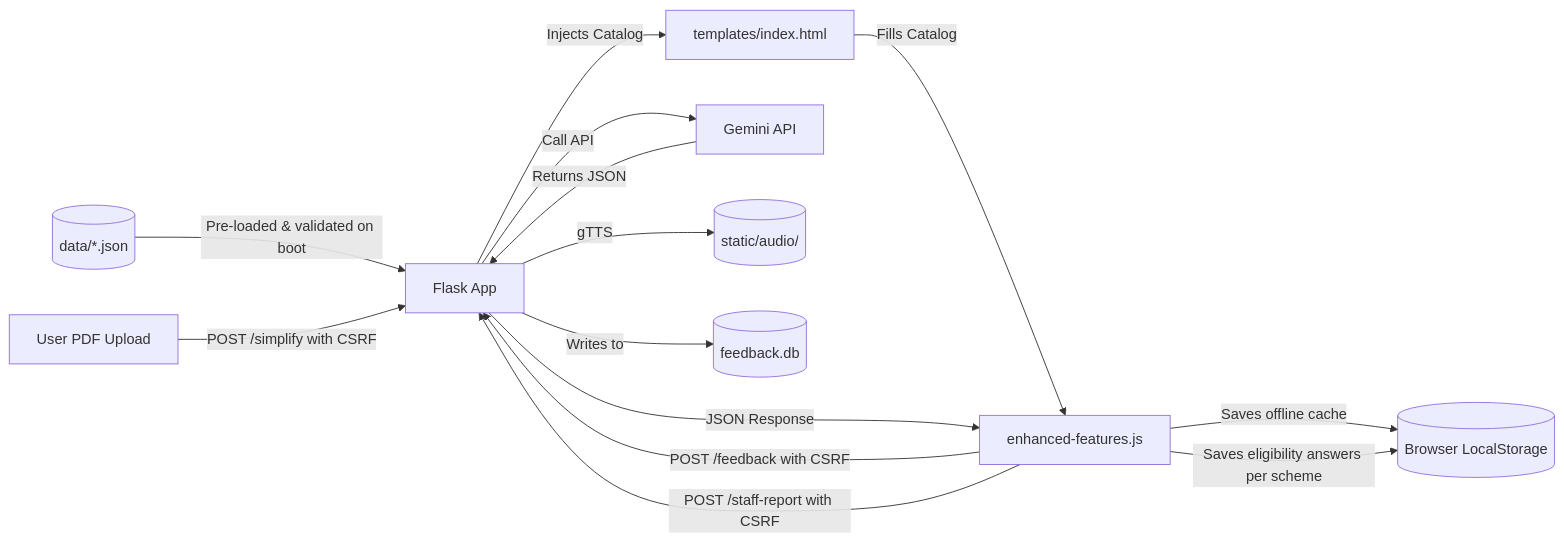
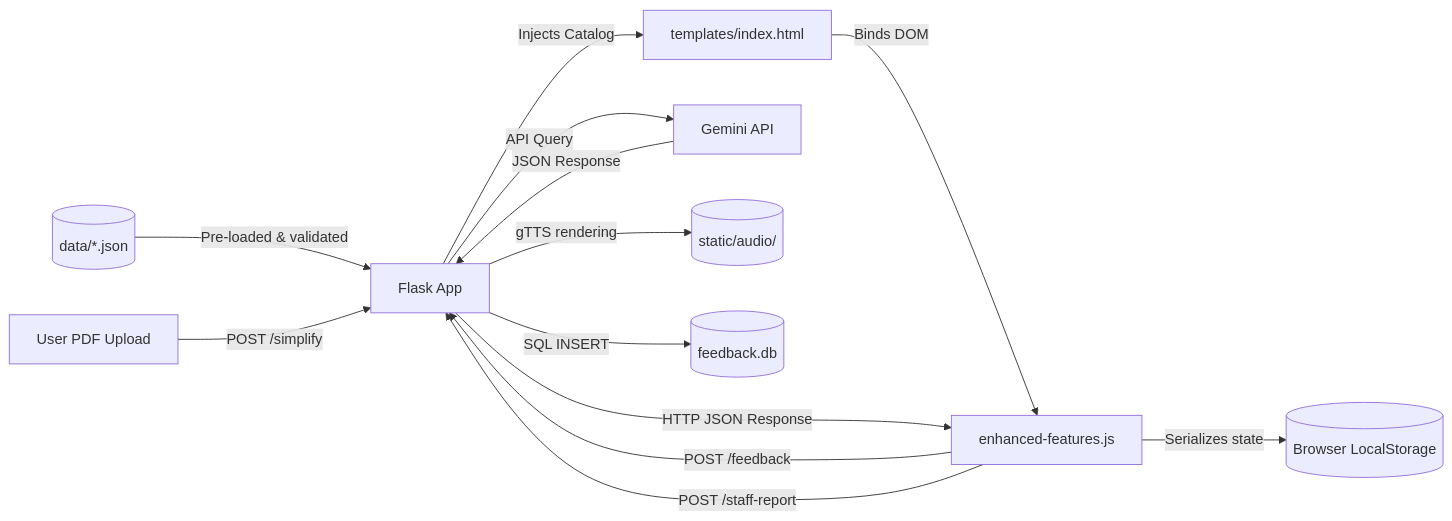
One commit to giridharreddy-dev/SmartGovAI-2026 changed the fifth of 5 diagrams in CODEBASE_REVIEW.md. Above: the diagram before and after it, drawn with Mermaid. The commit also changed other lines of this file and 12 other files, not shown here.

````diff
--- a/CODEBASE_REVIEW.md
+++ b/CODEBASE_REVIEW.md
@@ -317,19 +311,18 @@
 ```mermaid
 flowchart LR
-    Catalog[(data/*.json)] -->|Pre-loaded & validated on boot| Flask[Flask App]
+    Catalog[(data/*.json)] -->|Pre-loaded & validated| Flask[Flask App]
     Flask -->|Injects Catalog| Template[templates/index.html]
-    Template -->|Fills Catalog| JSClient[enhanced-features.js]
+    Template -->|Binds DOM| JSClient[enhanced-features.js]
     
-    JSClient -->|Saves offline cache| LocalStore[(Browser LocalStorage)]
-    JSClient -->|Saves eligibility answers per scheme| LocalStore
+    JSClient -->|Serializes state| LocalStore[(Browser LocalStorage)]
     
-    Upload[User PDF Upload] -->|POST /simplify with CSRF| Flask
-    Flask -->|Call API| Gemini[Gemini API]
-    Gemini -->|Returns JSON| Flask
-    Flask -->|gTTS| AudioDir[(static/audio/)]
-    Flask -->|JSON Response| JSClient
+    Upload[User PDF Upload] -->|POST /simplify| Flask
+    Flask -->|API Query| Gemini[Gemini API]
+    Gemini -->|JSON Response| Flask
+    Flask -->|gTTS rendering| AudioDir[(static/audio/)]
+    Flask -->|HTTP JSON Response| JSClient
     
-    JSClient -->|POST /feedback with CSRF| Flask
-    JSClient -->|POST /staff-report with CSRF| Flask
-    Flask -->|Writes to| SQLite[(feedback.db)]
+    JSClient -->|POST /feedback| Flask
+    JSClient -->|POST /staff-report| Flask
+    Flask -->|SQL INSERT| SQLite[(feedback.db)]
 ```
````
